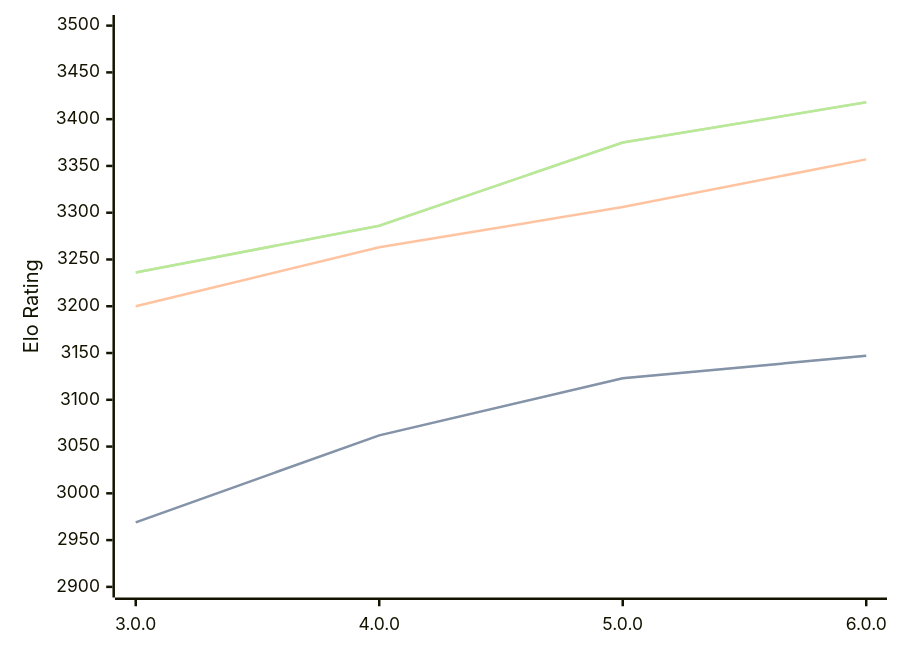
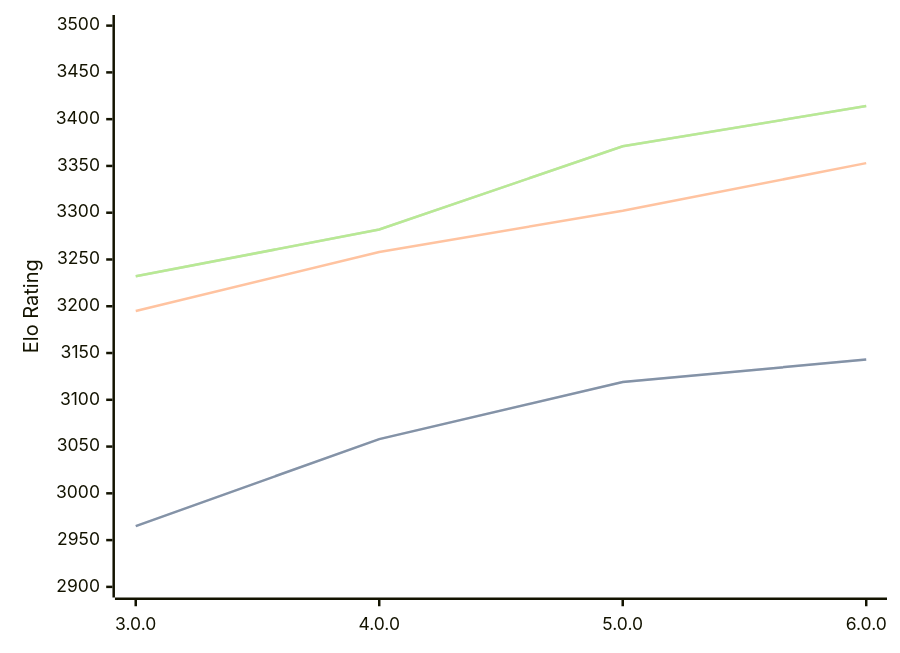
The third of 3 diagrams in engines/Minke.md (computer-chess-index/cci), drawn with Mermaid before and after one commit. The commit also changed other lines of this file, not shown here.

Commit message:
Update CCI Ratings (ELO VLTC) - 2026-07-16

````diff
--- a/engines/Minke.md
+++ b/engines/Minke.md
@@ -69,11 +69,11 @@
 ```mermaid
 %%{init: {"theme":"base","themeVariables":{"seriesColors:['#a3a3a3','#222221','#faa371']}}}%%
 xychart-beta
   x-axis ["3.0.0", "4.0.0", "5.0.0", "6.0.0"]
   y-axis "Elo Rating" 2900 --> 3500
-  line "STC (8.0+0.08s)" [2969, 3062, 3123, 3147]
-  line "STC (8.0+0.08s)" [2969, 3062, 3123, 3147]
-  line "LTC (60.0+0.60s)" [3200, 3263, 3306, 3357]
-  line "VLTC (2m24s+1.12s)" [3236, 3286, 3375, 3418]
-  line "VLTC (2m24s+1.12s)" [3236, 3286, 3375, 3418]
+  line "STC (8.0+0.08s)" [2965, 3058, 3119, 3143]
+  line "STC (8.0+0.08s)" [2965, 3058, 3119, 3143]
+  line "LTC (60.0+0.60s)" [3195, 3258, 3302, 3353]
+  line "VLTC (2m24s+1.12s)" [3232, 3282, 3371, 3414]
+  line "VLTC (2m24s+1.12s)" [3232, 3282, 3371, 3414]
 ```
````
